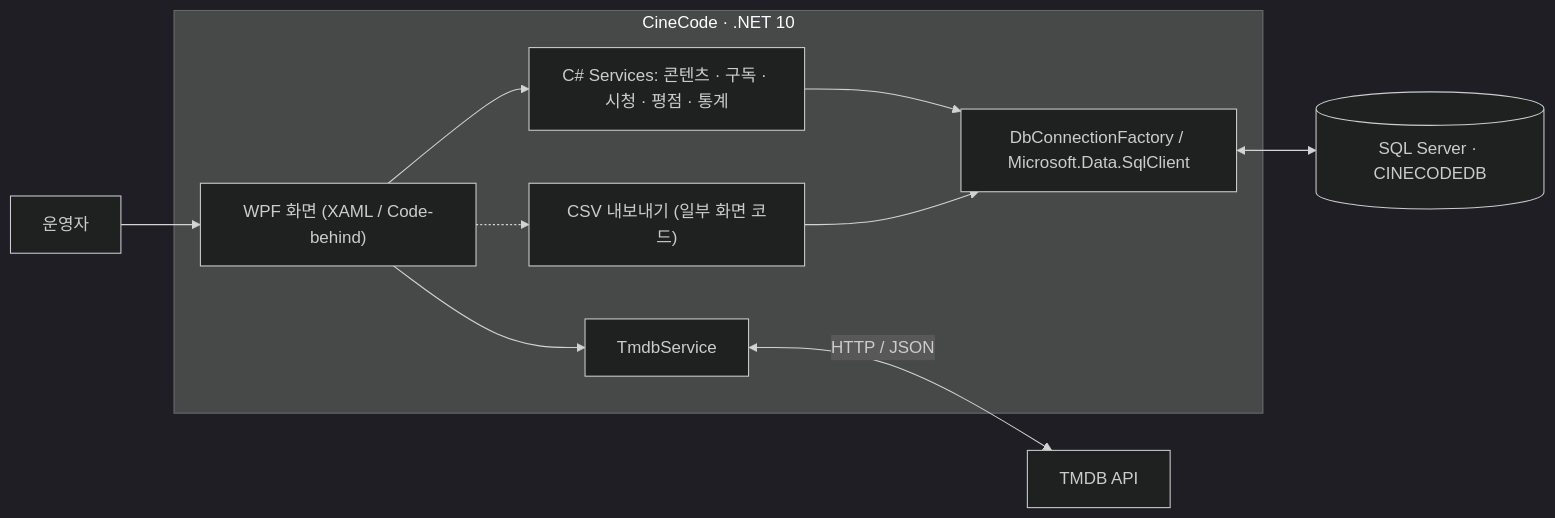
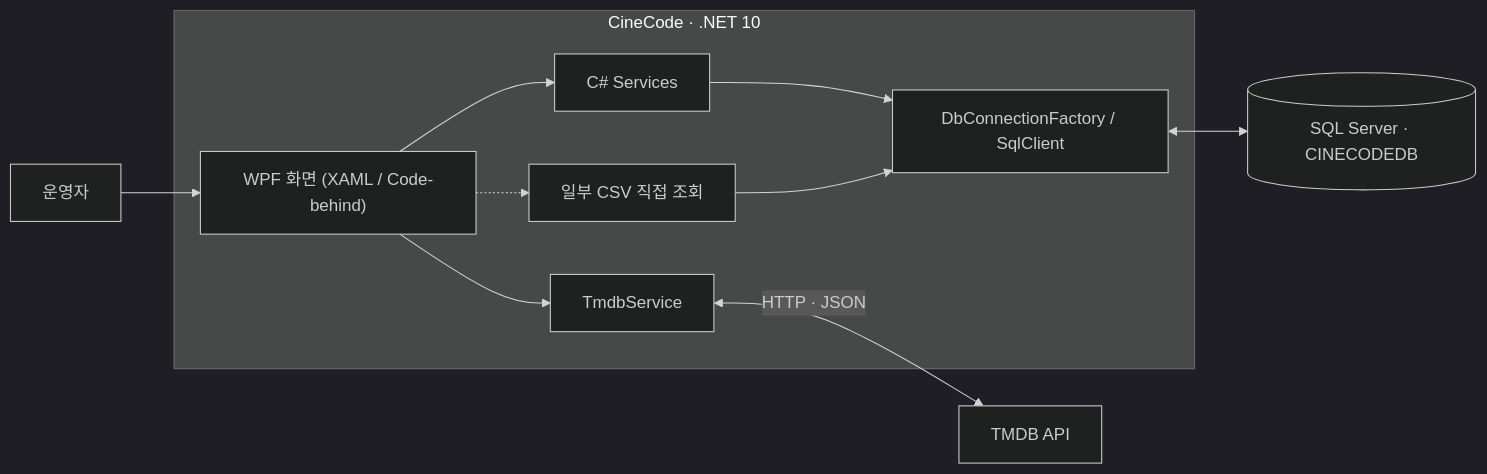
One commit to SkyBluekor/CineCode-Project changed the second of 2 diagrams in README.md. Above: the diagram before and after it, drawn with Mermaid (dark theme). The commit also changed other lines of this file, not shown here.

Commit message:
docs: focus portfolio README on real CineCode administration workflows and features

````diff
--- a/README.md
+++ b/README.md
@@ -10,13 +89,13 @@
 ```mermaid
 flowchart LR
-    User["운영자"] --> UI["WPF 화면 (XAML / Code-behind)"]
-    subgraph APP["CineCode · .NET 10"]
-        UI --> Services["C# Services: 콘텐츠 · 구독 · 시청 · 평점 · 통계"]
-        UI --> TMDBService["TmdbService"]
-        UI -.-> CSV["CSV 내보내기 (일부 화면 코드)"]
-        Services --> Data["DbConnectionFactory / Microsoft.Data.SqlClient"]
-        CSV --> Data
+    Admin["운영자"] --> UI["WPF 화면 (XAML / Code-behind)"]
+    subgraph App["CineCode · .NET 10"]
+        UI --> S["C# Services"]
+        UI --> T["TmdbService"]
+        UI -.-> C["일부 CSV 직접 조회"]
+        S --> D["DbConnectionFactory / SqlClient"]
+        C --> D
     end
-    TMDBService <-->|"HTTP / JSON"| API["TMDB API"]
-    Data <--> SQL[("SQL Server · CINECODEDB")]
+    T <-->|"HTTP · JSON"| API["TMDB API"]
+    D <--> DB[("SQL Server · CINECODEDB")]
 ```
````
